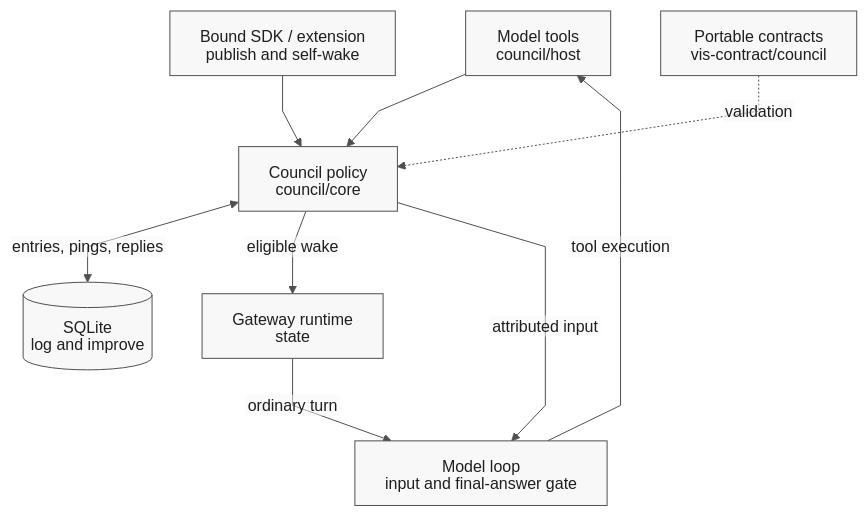
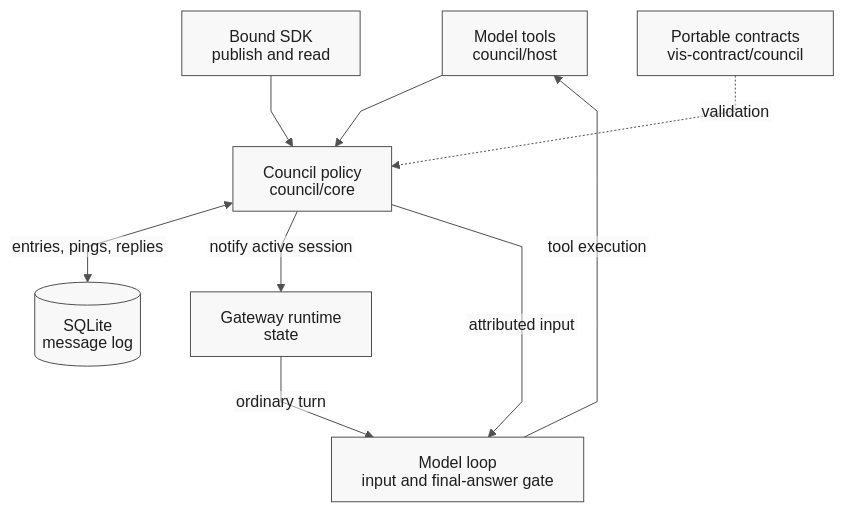
The diagram in resources/vis-docs/assets/diagrams/council-modules.mmd (Blockether/vis), drawn with Mermaid before and after one commit. The commit also changed 20 other files, not shown here.

```diff
--- a/resources/vis-docs/assets/diagrams/council-modules.mmd
+++ b/resources/vis-docs/assets/diagrams/council-modules.mmd
@@ -1,42 +1,42 @@
 ---
 config:
   theme: base
   fontFamily: JetBrains Mono
   deterministicIds: true
   htmlLabels: false
   themeVariables:
     background: "#ffffff"
     primaryColor: "#f8f8f8"
     primaryTextColor: "#1e1e1e"
     primaryBorderColor: "#505050"
     secondaryColor: "#f8f8f8"
     tertiaryColor: "#ffffff"
     lineColor: "#505050"
     textColor: "#1e1e1e"
     actorTextColor: "#1e1e1e"
     actorBorder: "#505050"
     actorBkg: "#f8f8f8"
     signalColor: "#505050"
     signalTextColor: "#1e1e1e"
     noteBkgColor: "#f8f8f8"
     noteTextColor: "#1e1e1e"
     noteBorderColor: "#505050"
   sequence:
     useMaxWidth: true
     mirrorActors: false
     actorMargin: 36
     messageMargin: 28
   flowchart:
     curve: linear
 ---
 flowchart TB
     accTitle: Council implementation modules
     accDescr: Model tools and bound SDK or extension events enter the Council domain. Canonical contracts validate data, SQLite persists messages and replies, and the existing gateway runtime and model loop deliver them. There is no separate agent scheduler.
     Host["Model tools<br/>council/host"] --> Core["Council policy<br/>council/core"]
-    SDK["Bound SDK / extension<br/>publish and self-wake"] --> Core
+    SDK["Bound SDK<br/>publish and read"] --> Core
     Contracts["Portable contracts<br/>vis-contract/council"] -. validation .-> Core
-    Core <-->|entries, pings, replies| Store[("SQLite<br/>log and improve")]
-    Core -->|eligible wake| Runtime["Gateway runtime<br/>state"]
+    Core <-->|entries, pings, replies| Store[("SQLite<br/>message log")]
+    Core -->|notify active session| Runtime["Gateway runtime<br/>state"]
     Runtime -->|ordinary turn| Loop["Model loop<br/>input and final-answer gate"]
     Core -->|attributed input| Loop
     Loop -->|tool execution| Host
```
